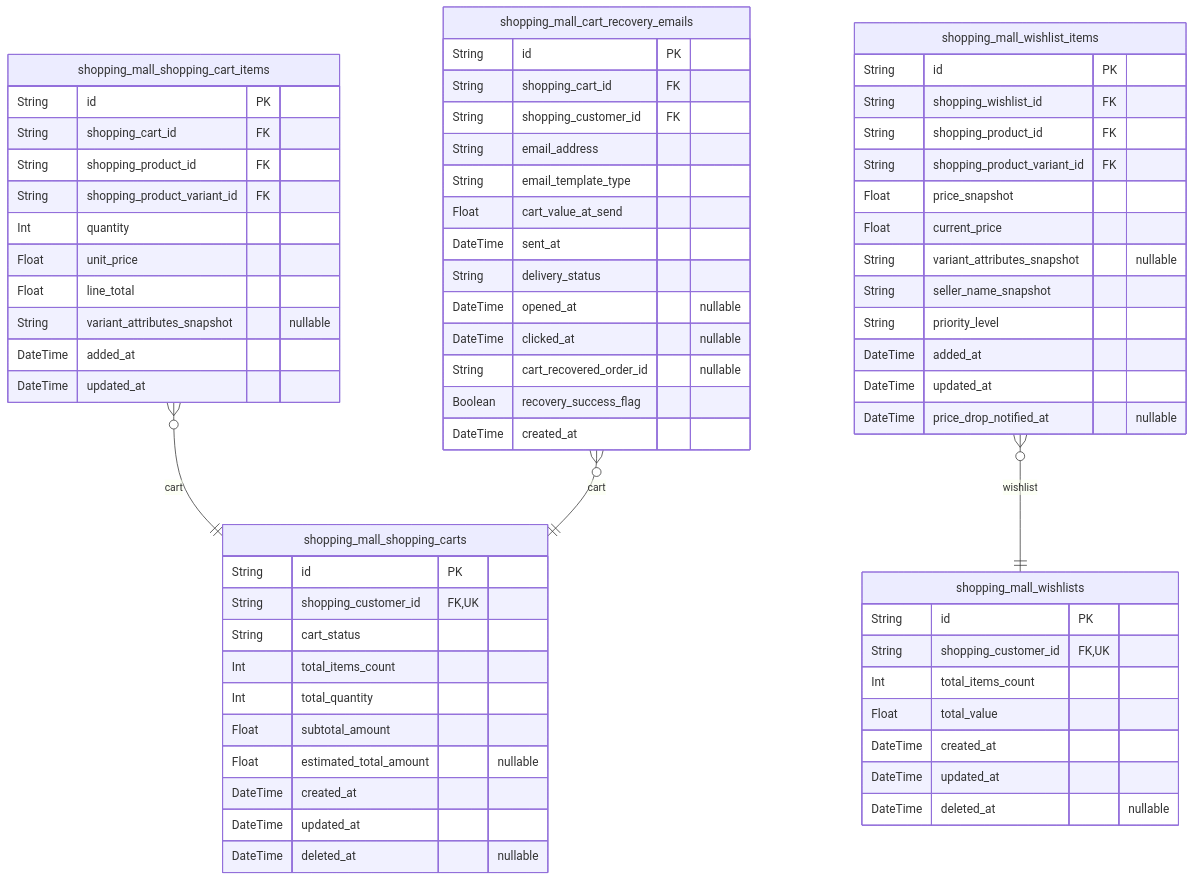
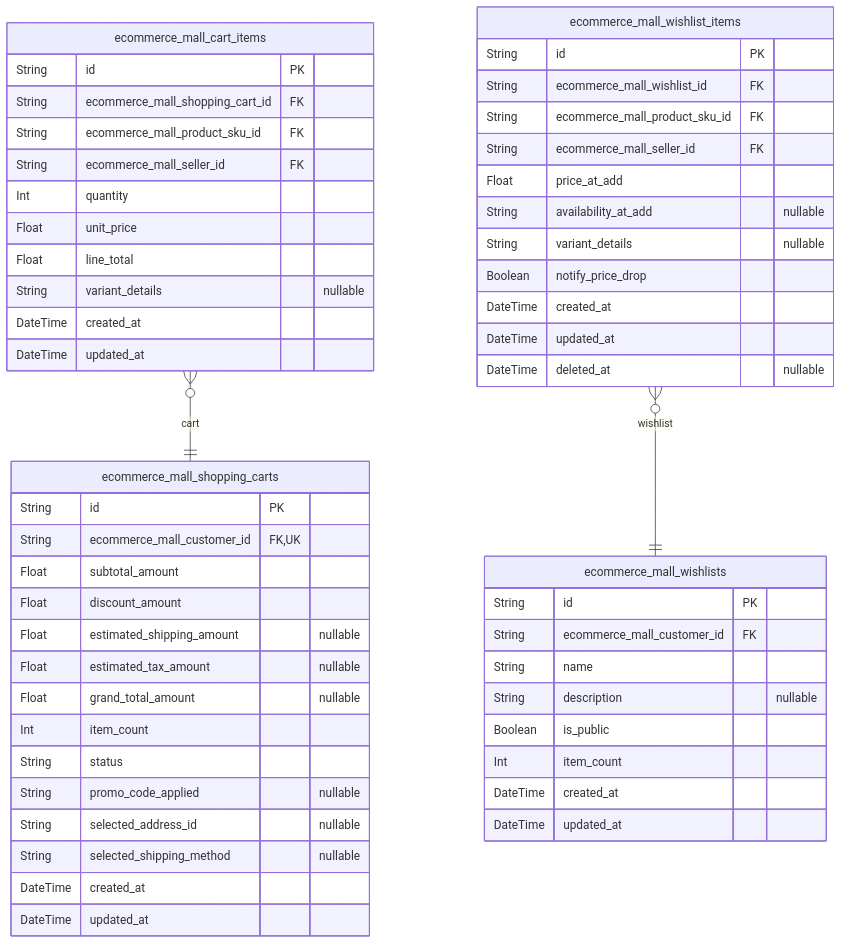
Before and after one commit to wrtnlabs/autobe-examples: the fifth of 11 diagrams in anthropic/claude-haiku-4.5/shopping/docs/ERD.md, drawn with Mermaid. The commit also changed other lines of this file and 22498 other files, not shown here.

````diff
--- a/anthropic/claude-haiku-4.5/shopping/docs/ERD.md
+++ b/anthropic/claude-haiku-4.5/shopping/docs/ERD.md
@@ -1807,68 +1959,56 @@
 ```mermaid
 erDiagram
-"shopping_mall_shopping_carts" {
+"ecommerce_mall_shopping_carts" {
   String id PK
-  String shopping_customer_id FK,UK
-  String cart_status
-  Int total_items_count
-  Int total_quantity
+  String ecommerce_mall_customer_id FK,UK
   Float subtotal_amount
-  Float estimated_total_amount "nullable"
+  Float discount_amount
+  Float estimated_shipping_amount "nullable"
+  Float estimated_tax_amount "nullable"
+  Float grand_total_amount "nullable"
+  Int item_count
+  String status
+  String promo_code_applied "nullable"
+  String selected_address_id "nullable"
+  String selected_shipping_method "nullable"
+  DateTime created_at
+  DateTime updated_at
+}
+"ecommerce_mall_cart_items" {
+  String id PK
+  String ecommerce_mall_shopping_cart_id FK
+  String ecommerce_mall_product_sku_id FK
+  String ecommerce_mall_seller_id FK
+  Int quantity
+  Float unit_price
+  Float line_total
+  String variant_details "nullable"
+  DateTime created_at
+  DateTime updated_at
+}
+"ecommerce_mall_wishlists" {
+  String id PK
+  String ecommerce_mall_customer_id FK
+  String name
+  String description "nullable"
+  Boolean is_public
+  Int item_count
+  DateTime created_at
+  DateTime updated_at
+}
+"ecommerce_mall_wishlist_items" {
+  String id PK
+  String ecommerce_mall_wishlist_id FK
+  String ecommerce_mall_product_sku_id FK
+  String ecommerce_mall_seller_id FK
+  Float price_at_add
+  String availability_at_add "nullable"
+  String variant_details "nullable"
+  Boolean notify_price_drop
   DateTime created_at
   DateTime updated_at
   DateTime deleted_at "nullable"
 }
-"shopping_mall_shopping_cart_items" {
-  String id PK
-  String shopping_cart_id FK
-  String shopping_product_id FK
-  String shopping_product_variant_id FK
-  Int quantity
-  Float unit_price
-  Float line_total
-  String variant_attributes_snapshot "nullable"
-  DateTime added_at
-  DateTime updated_at
-}
-"shopping_mall_wishlists" {
-  String id PK
-  String shopping_customer_id FK,UK
-  Int total_items_count
-  Float total_value
-  DateTime created_at
-  DateTime updated_at
-  DateTime deleted_at "nullable"
-}
-"shopping_mall_wishlist_items" {
-  String id PK
-  String shopping_wishlist_id FK
-  String shopping_product_id FK
-  String shopping_product_variant_id FK
-  Float price_snapshot
-  Float current_price
-  String variant_attributes_snapshot "nullable"
-  String seller_name_snapshot
-  String priority_level
-  DateTime added_at
-  DateTime updated_at
-  DateTime price_drop_notified_at "nullable"
-}
-"shopping_mall_cart_recovery_emails" {
-  String id PK
-  String shopping_cart_id FK
-  String shopping_customer_id FK
-  String email_address
-  String email_template_type
-  Float cart_value_at_send
-  DateTime sent_at
-  String delivery_status
-  DateTime opened_at "nullable"
-  DateTime clicked_at "nullable"
-  String cart_recovered_order_id "nullable"
-  Boolean recovery_success_flag
-  DateTime created_at
-}
-"shopping_mall_shopping_cart_items" }o--|| "shopping_mall_shopping_carts" : cart
-"shopping_mall_wishlist_items" }o--|| "shopping_mall_wishlists" : wishlist
-"shopping_mall_cart_recovery_emails" }o--|| "shopping_mall_shopping_carts" : cart
+"ecommerce_mall_cart_items" }o--|| "ecommerce_mall_shopping_carts" : cart
+"ecommerce_mall_wishlist_items" }o--|| "ecommerce_mall_wishlists" : wishlist
 ```
````
